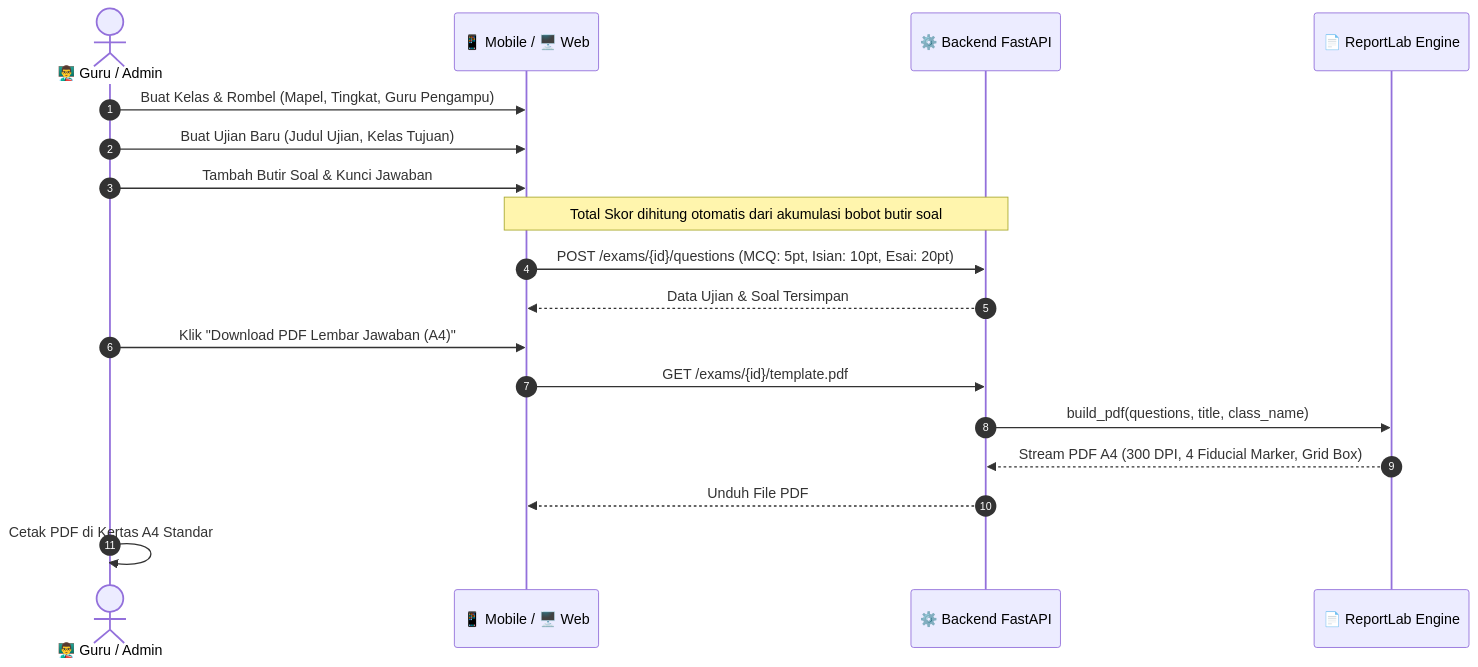
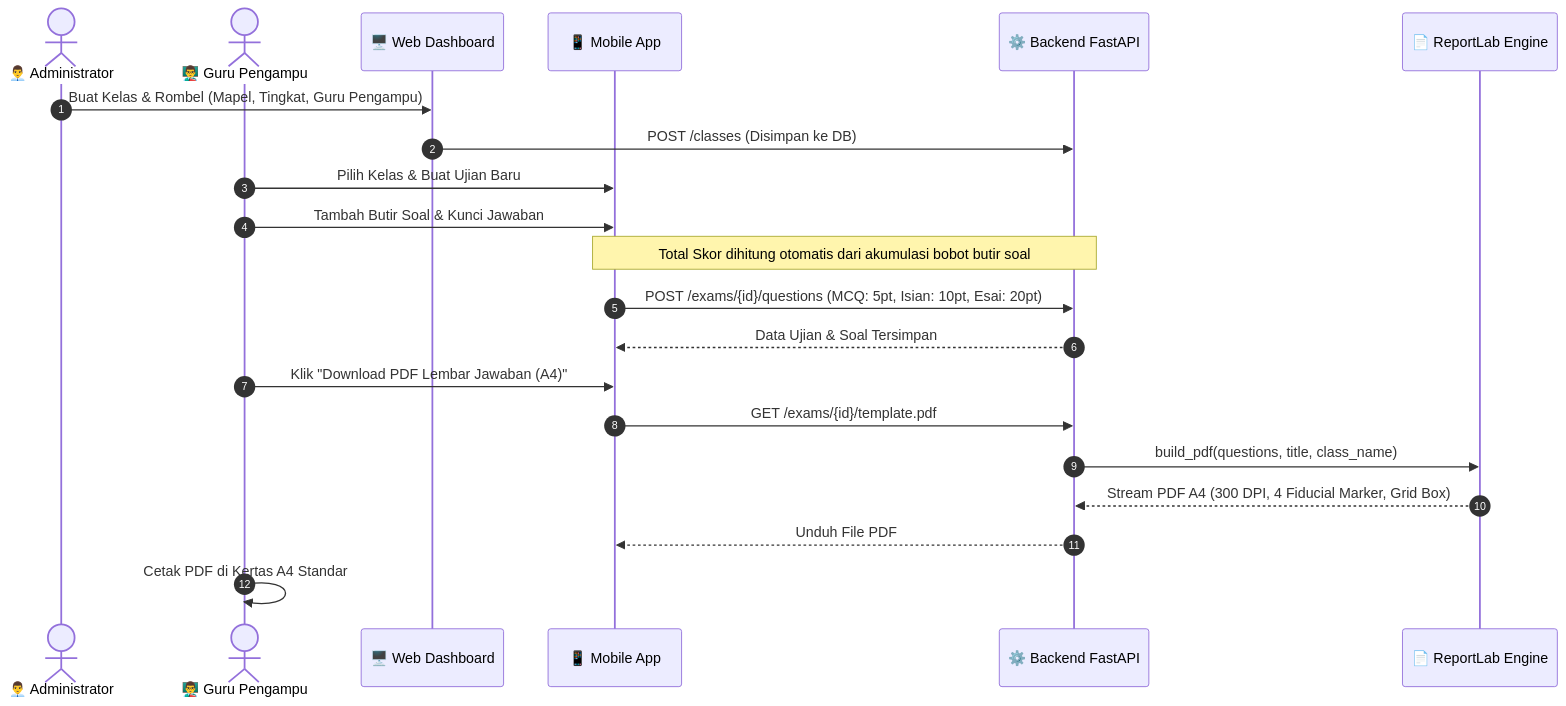
One commit to Hilahrezi/Vidyanetra changed the second of 4 diagrams in docs-new/02-alur-kerja-end-to-end.md. Above: the diagram before and after it, drawn with Mermaid. The commit also changed 1 other file, not shown here.

Commit message:
docs: update docs-new with latest mobile UI specs and admin-only class workflow

````diff
--- a/docs-new/02-alur-kerja-end-to-end.md
+++ b/docs-new/02-alur-kerja-end-to-end.md
@@ -21,21 +21,24 @@
 ```mermaid
 sequenceDiagram
     autonumber
-    actor Guru as 👨‍🏫 Guru / Admin
-    participant Client as 📱 Mobile / 🖥️ Web
+    actor Admin as 👨‍💼 Administrator
+    actor Guru as 👨‍🏫 Guru Pengampu
+    participant Web as 🖥️ Web Dashboard
+    participant Mobile as 📱 Mobile App
     participant BE as ⚙️ Backend FastAPI
     participant PDF as 📄 ReportLab Engine
 
-    Guru->>Client: Buat Kelas & Rombel (Mapel, Tingkat, Guru Pengampu)
-    Guru->>Client: Buat Ujian Baru (Judul Ujian, Kelas Tujuan)
-    Guru->>Client: Tambah Butir Soal & Kunci Jawaban
-    Note over Client,BE: Total Skor dihitung otomatis dari akumulasi bobot butir soal
-    Client->>BE: POST /exams/{id}/questions (MCQ: 5pt, Isian: 10pt, Esai: 20pt)
-    BE-->>Client: Data Ujian & Soal Tersimpan
-    Guru->>Client: Klik "Download PDF Lembar Jawaban (A4)"
-    Client->>BE: GET /exams/{id}/template.pdf
+    Admin->>Web: Buat Kelas & Rombel (Mapel, Tingkat, Guru Pengampu)
+    Web->>BE: POST /classes (Disimpan ke DB)
+    Guru->>Mobile: Pilih Kelas & Buat Ujian Baru
+    Guru->>Mobile: Tambah Butir Soal & Kunci Jawaban
+    Note over Mobile,BE: Total Skor dihitung otomatis dari akumulasi bobot butir soal
+    Mobile->>BE: POST /exams/{id}/questions (MCQ: 5pt, Isian: 10pt, Esai: 20pt)
+    BE-->>Mobile: Data Ujian & Soal Tersimpan
+    Guru->>Mobile: Klik "Download PDF Lembar Jawaban (A4)"
+    Mobile->>BE: GET /exams/{id}/template.pdf
     BE->>PDF: build_pdf(questions, title, class_name)
     PDF-->>BE: Stream PDF A4 (300 DPI, 4 Fiducial Marker, Grid Box)
-    BE-->>Client: Unduh File PDF
+    BE-->>Mobile: Unduh File PDF
     Guru->>Guru: Cetak PDF di Kertas A4 Standar
 ```
````
